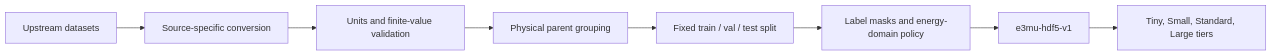
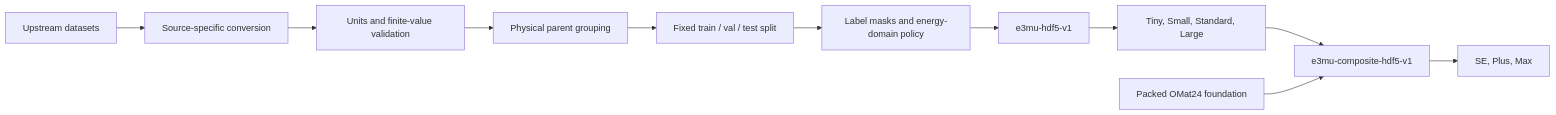
The third of 3 diagrams in docs/PAPER.md (FonaTech/E3-miu-GNN), drawn with Mermaid before and after one commit. The commit also changed other lines of this file and 12 other files, not shown here.

````diff
--- a/docs/PAPER.md
+++ b/docs/PAPER.md
@@ -543,10 +581,13 @@
 ```mermaid
 flowchart LR
     U[Upstream datasets] --> C[Source-specific conversion]
     C --> V[Units and finite-value validation]
     V --> G[Physical parent grouping]
     G --> S[Fixed train / val / test split]
     S --> M[Label masks and energy-domain policy]
     M --> H[e3mu-hdf5-v1]
-    H --> T[Tiny, Small, Standard, Large tiers]
+    H --> T[Tiny, Small, Standard, Large]
+    T --> X[e3mu-composite-hdf5-v1]
+    O[Packed OMat24 foundation] --> X
+    X --> P[SE, Plus, Max]
 ```
````
